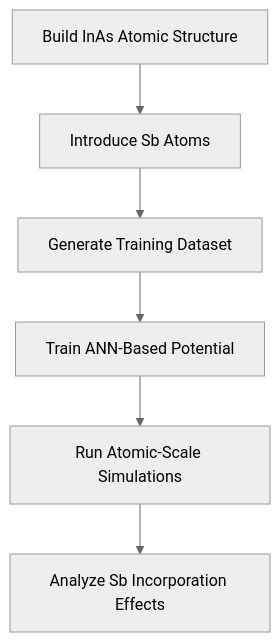
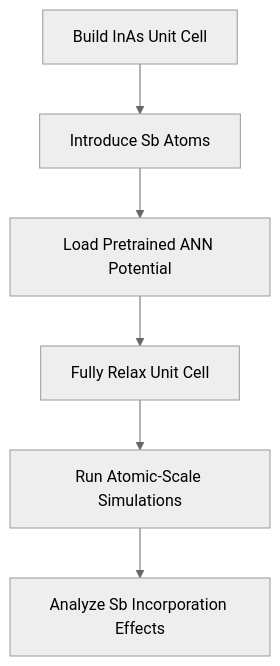
One commit to inholeegithub/InAsSb_atomic_structures changed the diagram in README.md. Above: the diagram before and after it, drawn with Mermaid (neutral theme).

Commit message:
Update workflow diagram to use pretrained potential and full relaxation (#2)

````diff
--- a/README.md
+++ b/README.md
@@ -10,8 +10,8 @@
 ```mermaid
 flowchart TD
-    A[Build InAs Atomic Structure] --> B[Introduce Sb Atoms]
-    B --> C[Generate Training Dataset]
-    C --> D[Train ANN-Based Potential]
+    A[Build InAs Unit Cell] --> B[Introduce Sb Atoms]
+    B --> C[Load Pretrained ANN Potential]
+    C --> D[Fully Relax Unit Cell]
     D --> E[Run Atomic-Scale Simulations]
     E --> F[Analyze Sb Incorporation Effects]
 ```
````
